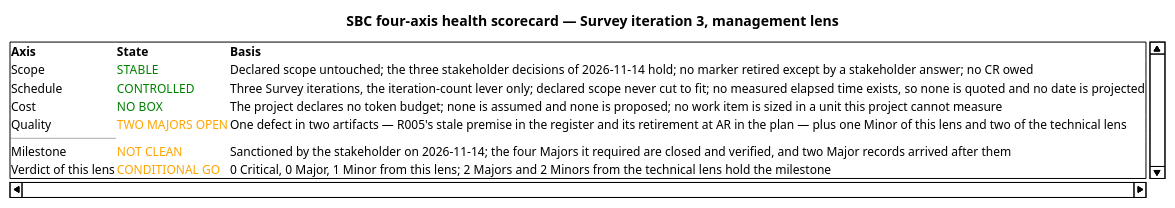
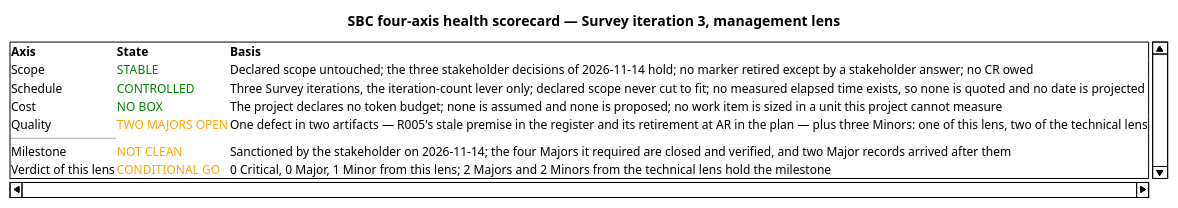
Diagram 13 of 13 in docs/artifacts/project-management/review-record.md (banense-test/TodoApp), drawn with PlantUML before and after one commit. The commit also changed other lines of this file, not shown here.

````diff
--- a/docs/artifacts/project-management/review-record.md
+++ b/docs/artifacts/project-management/review-record.md
@@ -1125,17 +1125,17 @@
 ```plantuml
 @startsalt
 title SBC four-axis health scorecard — Survey iteration 3, management lens
 {
 {S
 <b>Axis</b> | <b>State</b> | <b>Basis</b>
 Scope | <color:green>STABLE</color> | Declared scope untouched; the three stakeholder decisions of 2026-11-14 hold; no marker retired except by a stakeholder answer; no CR owed
 Schedule | <color:green>CONTROLLED</color> | Three Survey iterations, the iteration-count lever only; declared scope never cut to fit; no measured elapsed time exists, so none is quoted and no date is projected
 Cost | <color:green>NO BOX</color> | The project declares no token budget; none is assumed and none is proposed; no work item is sized in a unit this project cannot measure
-Quality | <color:orange>TWO MAJORS OPEN</color> | One defect in two artifacts — R005's stale premise in the register and its retirement at AR in the plan — plus one Minor of this lens and two of the technical lens
+Quality | <color:orange>TWO MAJORS OPEN</color> | One defect in two artifacts — R005's stale premise in the register and its retirement at AR in the plan — plus three Minors: one of this lens, two of the technical lens
 --
 Milestone | <color:orange>NOT CLEAN</color> | Sanctioned by the stakeholder on 2026-11-14; the four Majors it required are closed and verified, and two Major records arrived after them
 Verdict of this lens | <color:orange>CONDITIONAL GO</color> | 0 Critical, 0 Major, 1 Minor from this lens; 2 Majors and 2 Minors from the technical lens hold the milestone
 }
 }
 @endsalt
 ```
````
